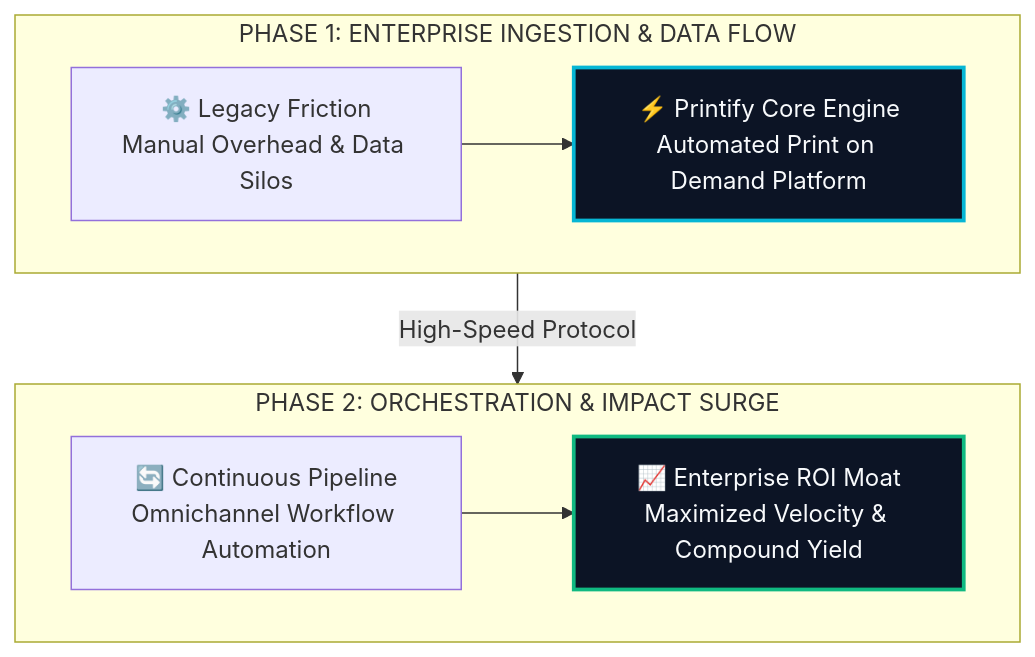
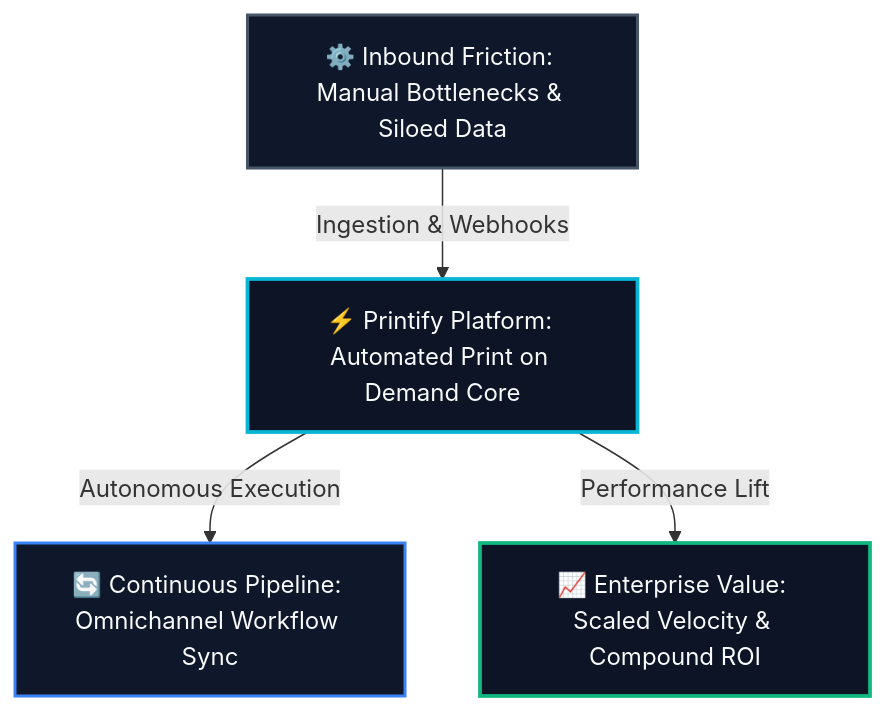
One commit to heliatech-media/saas-radar changed the diagram in site/src/content/blog/printify-evolution-guide-2026.md. Above: the diagram before and after it, drawn with Mermaid. The commit also changed 93 other files, not shown here.

First line of the commit message:
fix(diagrams): resolve dagre-d3 subgraph collision by migrating to balanced 3-tier Hub & Spoke architecture

````diff
--- a/site/src/content/blog/printify-evolution-guide-2026.md
+++ b/site/src/content/blog/printify-evolution-guide-2026.md
@@ -56,14 +56,14 @@
 ```mermaid
 flowchart TD
-    subgraph S1["PHASE 1: ENTERPRISE INGESTION & DATA FLOW"]
-        direction LR
-        A["⚙️ Legacy Friction<br/>Manual Overhead & Data Silos"] --> B["⚡ Printify Core Engine<br/>Automated Print on Demand Platform"]
-    end
-    subgraph S2["PHASE 2: ORCHESTRATION & IMPACT SURGE"]
-        direction LR
-        C["🔄 Continuous Pipeline<br/>Omnichannel Workflow Automation"] --> D["📈 Enterprise ROI Moat<br/>Maximized Velocity & Compound Yield"]
-    end
-    S1 -->|High-Speed Protocol| S2
-    style B fill:#0c1425,stroke:#06b6d4,stroke-width:2.5px,color:#f8fafc
-    style D fill:#0c1425,stroke:#10b981,stroke-width:2.5px,color:#f8fafc
+    Inp["⚙️ Inbound Friction: Manual Bottlenecks & Siloed Data"]
+    Eng["⚡ Printify Platform: Automated Print on Demand Core"]
+    Out1["🔄 Continuous Pipeline: Omnichannel Workflow Sync"]
+    Out2["📈 Enterprise Value: Scaled Velocity & Compound ROI"]
+    Inp -->|Ingestion & Webhooks| Eng
+    Eng -->|Autonomous Execution| Out1
+    Eng -->|Performance Lift| Out2
+    style Inp fill:#0f172a,stroke:#475569,stroke-width:2px,color:#f8fafc
+    style Eng fill:#0c1425,stroke:#06b6d4,stroke-width:2.5px,color:#f8fafc
+    style Out1 fill:#0f172a,stroke:#3b82f6,stroke-width:2px,color:#f8fafc
+    style Out2 fill:#0c1425,stroke:#10b981,stroke-width:2.5px,color:#f8fafc
 ```
````
